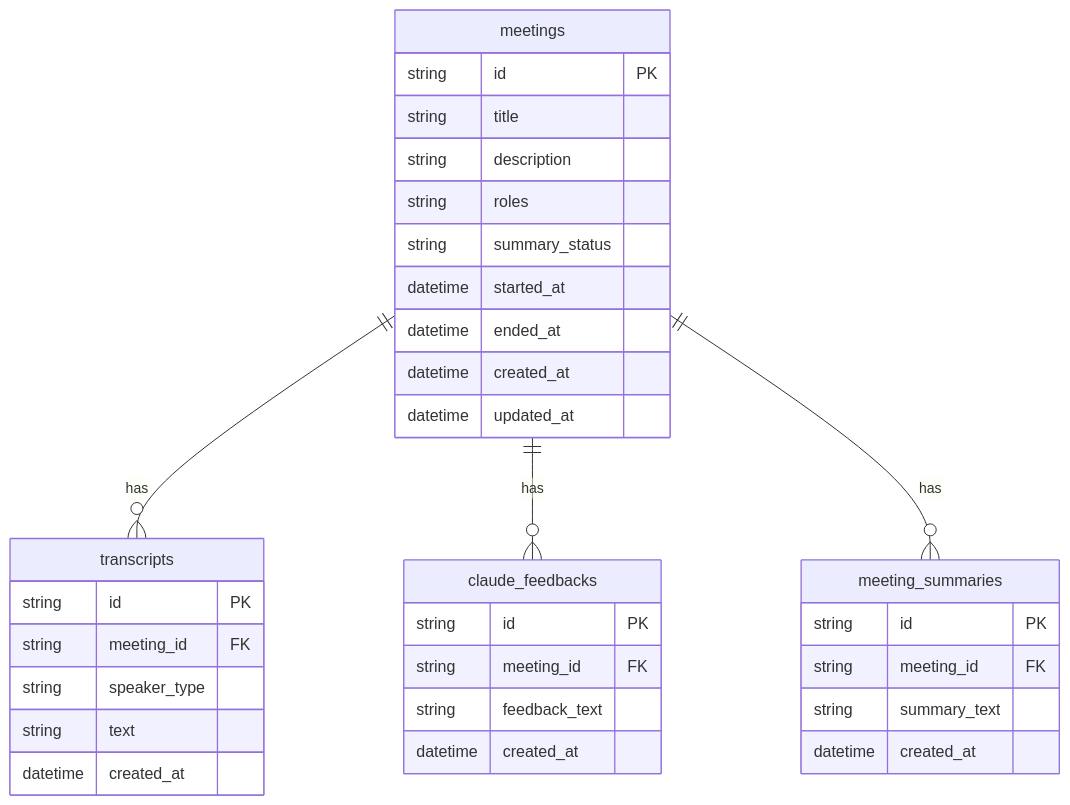
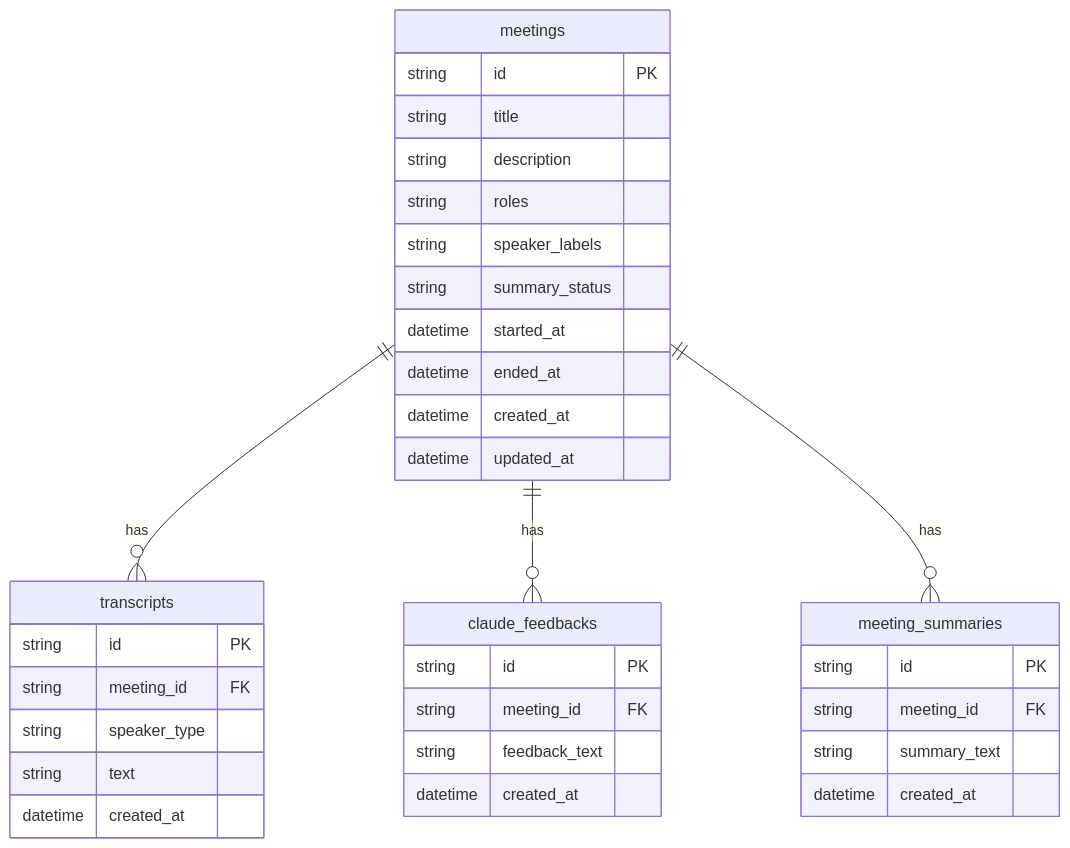
Before and after one commit to kouki6951/ai-giziroku: the diagram in .docs/plan/04_db_schema.md, drawn with Mermaid. The commit also changed other lines of this file and 16 other files, not shown here.

````diff
--- a/.docs/plan/04_db_schema.md
+++ b/.docs/plan/04_db_schema.md
@@ -16,37 +16,38 @@
 ```mermaid
 erDiagram
     meetings ||--o{ transcripts : has
     meetings ||--o{ claude_feedbacks : has
     meetings ||--o{ meeting_summaries : has
 
     meetings {
         string id PK
         string title
         string description
         string roles
+        string speaker_labels
         string summary_status
         datetime started_at
         datetime ended_at
         datetime created_at
         datetime updated_at
     }
     transcripts {
         string id PK
         string meeting_id FK
         string speaker_type
         string text
         datetime created_at
     }
     claude_feedbacks {
         string id PK
         string meeting_id FK
         string feedback_text
         datetime created_at
     }
     meeting_summaries {
         string id PK
         string meeting_id FK
         string summary_text
         datetime created_at
     }
 ```
````
